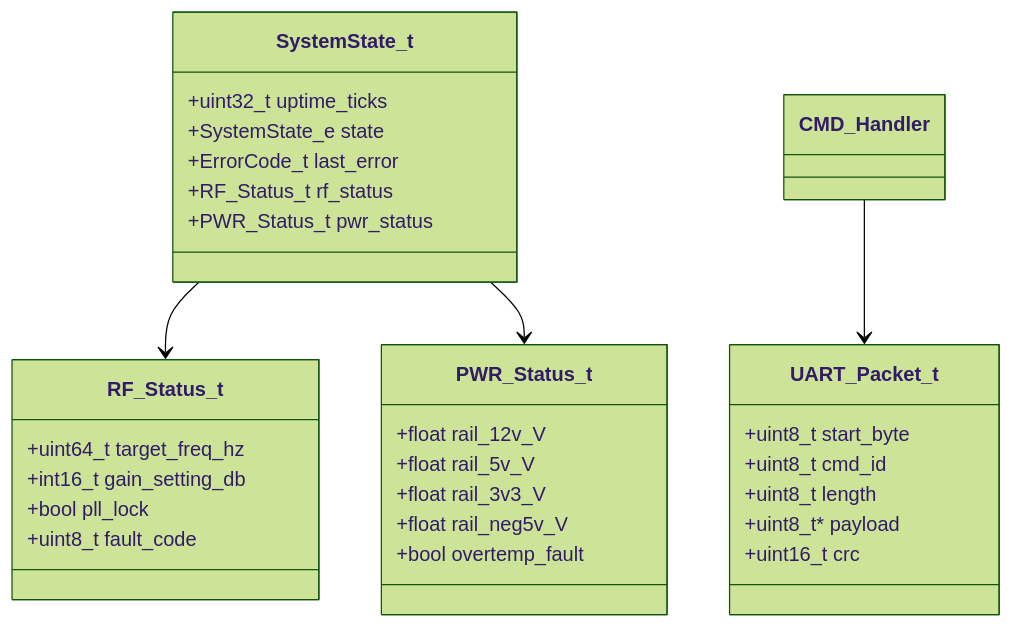
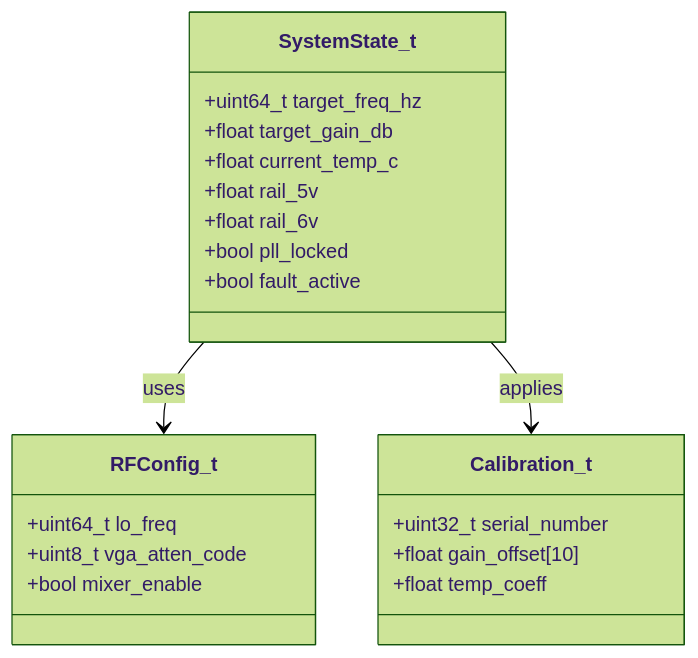
The second of 7 diagrams in SDD_receiver.md (bala9066/AI_S2S_Code), drawn with Mermaid (forest theme) before and after one commit. The commit also changed other lines of this file and 31 other files, not shown here.

````diff
--- a/SDD_receiver.md
+++ b/SDD_receiver.md
@@ -317,34 +266,25 @@
 ```mermaid
 classDiagram
     class SystemState_t {
-        +uint32_t uptime_ticks
-        +SystemState_e state
-        +ErrorCode_t last_error
-        +RF_Status_t rf_status
-        +PWR_Status_t pwr_status
+        +uint64_t target_freq_hz
+        +float target_gain_db
+        +float current_temp_c
+        +float rail_5v
+        +float rail_6v
+        +bool pll_locked
+        +bool fault_active
     }
-    class RF_Status_t {
-        +uint64_t target_freq_hz
-        +int16_t gain_setting_db
-        +bool pll_lock
-        +uint8_t fault_code
+    class RFConfig_t {
+        +uint64_t lo_freq
+        +uint8_t vga_atten_code
+        +bool mixer_enable
     }
-    class PWR_Status_t {
-        +float rail_12v_V
-        +float rail_5v_V
-        +float rail_3v3_V
-        +float rail_neg5v_V
-        +bool overtemp_fault
-    }
-    class UART_Packet_t {
-        +uint8_t start_byte
-        +uint8_t cmd_id
-        +uint8_t length
-        +uint8_t* payload
-        +uint16_t crc
+    class Calibration_t {
+        +uint32_t serial_number
+        +float gain_offset[10]
+        +float temp_coeff
     }
     
-    SystemState_t --> RF_Status_t
-    SystemState_t --> PWR_Status_t
-    CMD_Handler --> UART_Packet_t
+    SystemState_t --> RFConfig_t : uses
+    SystemState_t --> Calibration_t : applies
 ```
````
